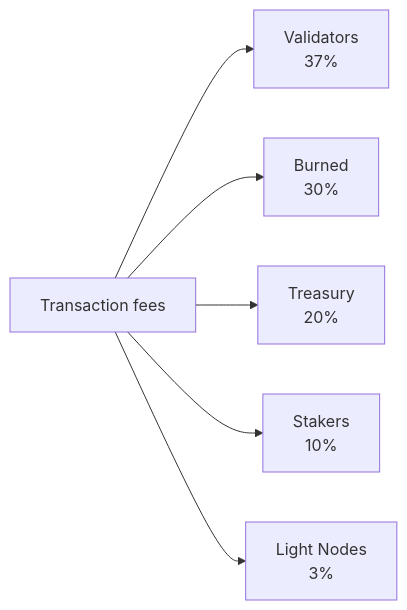
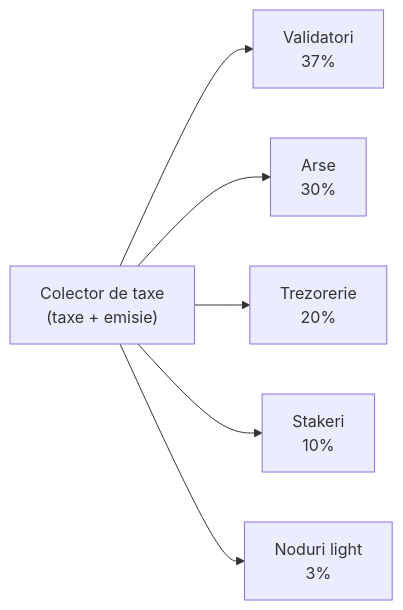
One commit to qorechain/qorechain-docs changed the diagram in i18n/ro/docusaurus-plugin-content-docs/current/architecture/tokenomics.md. Above: the diagram before and after it, drawn with Mermaid. The commit also changed other lines of this file and 1055 other files, not shown here.

````diff
--- a/i18n/ro/docusaurus-plugin-content-docs/current/architecture/tokenomics.md
+++ b/i18n/ro/docusaurus-plugin-content-docs/current/architecture/tokenomics.md
@@ -82,9 +82,9 @@
 ```mermaid
 flowchart LR
-    F["Transaction fees"]
-    F --> V["Validators<br/>37%"]
-    F --> B["Burned<br/>30%"]
-    F --> T["Treasury<br/>20%"]
-    F --> S["Stakers<br/>10%"]
-    F --> L["Light Nodes<br/>3%"]
+    F["Colector de taxe<br/>(taxe + emisie)"]
+    F --> V["Validatori<br/>37%"]
+    F --> B["Arse<br/>30%"]
+    F --> T["Trezorerie<br/>20%"]
+    F --> S["Stakeri<br/>10%"]
+    F --> L["Noduri light<br/>3%"]
 ```
````
